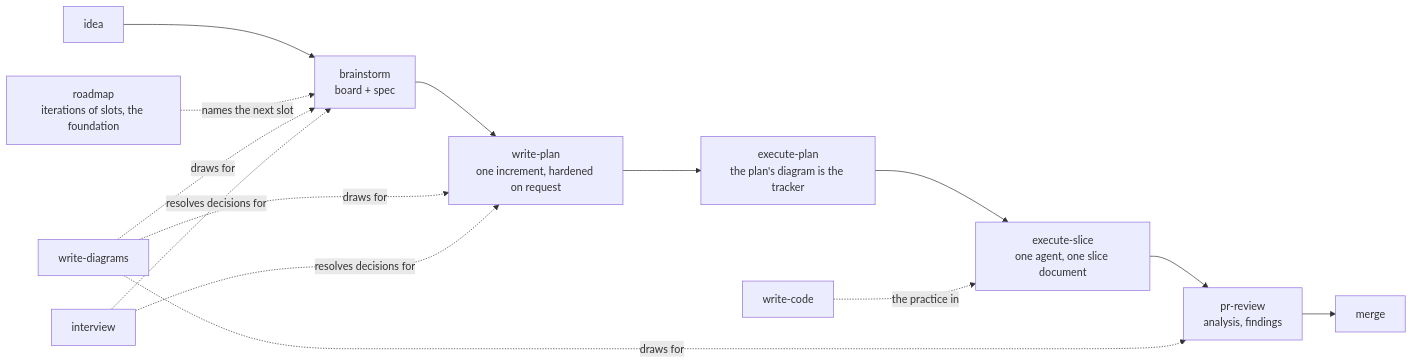
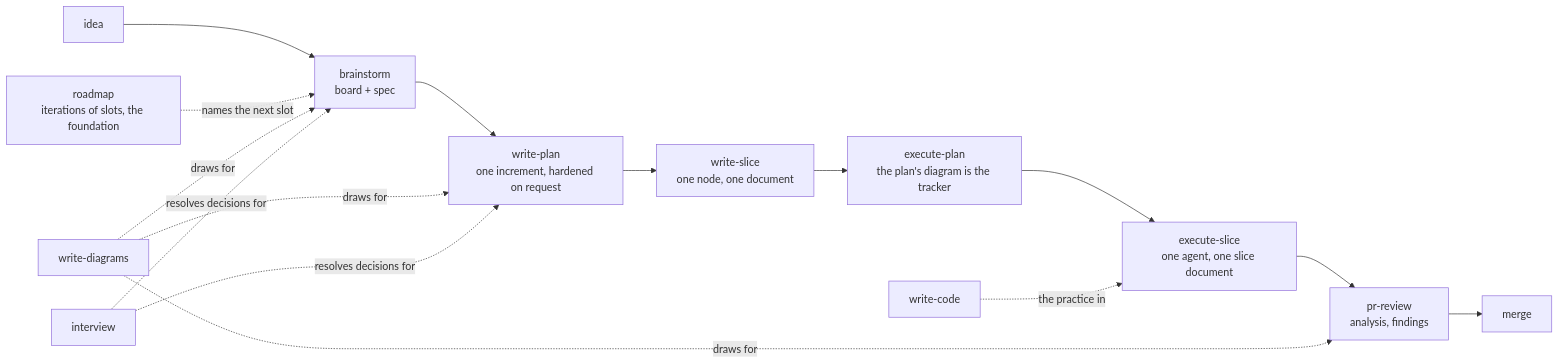
One commit to Ovich/charrette changed the diagram in README.md. Above: the diagram before and after it, drawn with Mermaid. The commit also changed other lines of this file and 7 other files, not shown here.

````diff
--- a/README.md
+++ b/README.md
@@ -16,13 +16,14 @@
 ```mermaid
 flowchart LR
   I["idea"] --> B["brainstorm<br/>board + spec"]
   RM["roadmap<br/>iterations of slots, the foundation"] -.->|names the next slot| B
   B --> P["write-plan<br/>one increment, hardened on request"]
-  P --> E["execute-plan<br/>the plan's diagram is the tracker"]
+  P --> WS["write-slice<br/>one node, one document"]
+  WS --> E["execute-plan<br/>the plan's diagram is the tracker"]
   E --> S["execute-slice<br/>one agent, one slice document"]
   S --> R["pr-review<br/>analysis, findings"]
   W["write-code"] -.->|the practice in| S
   R --> M["merge"]
   D["write-diagrams"] -.->|draws for| B & P & R
   Q["interview"] -.->|resolves decisions for| B & P
 ```
````
